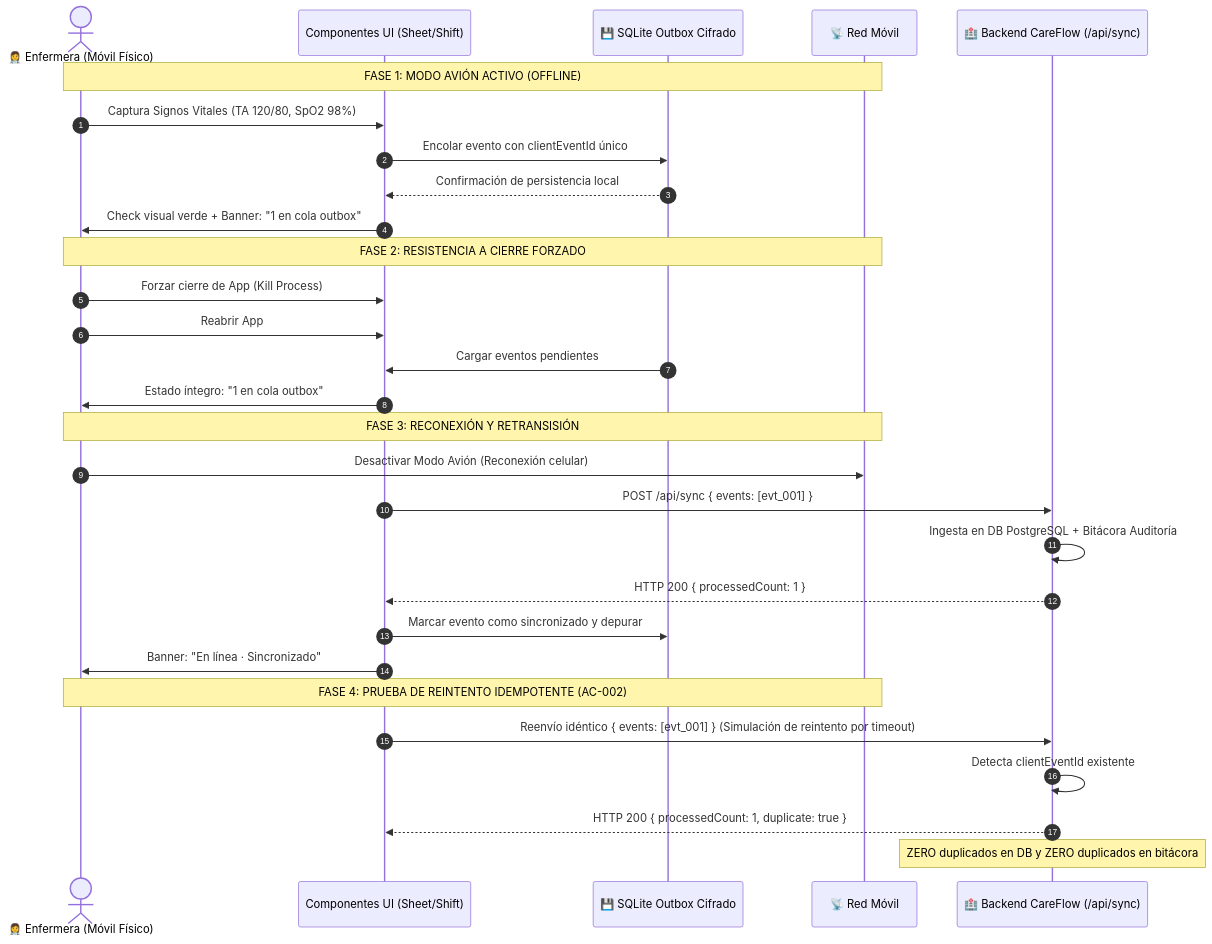
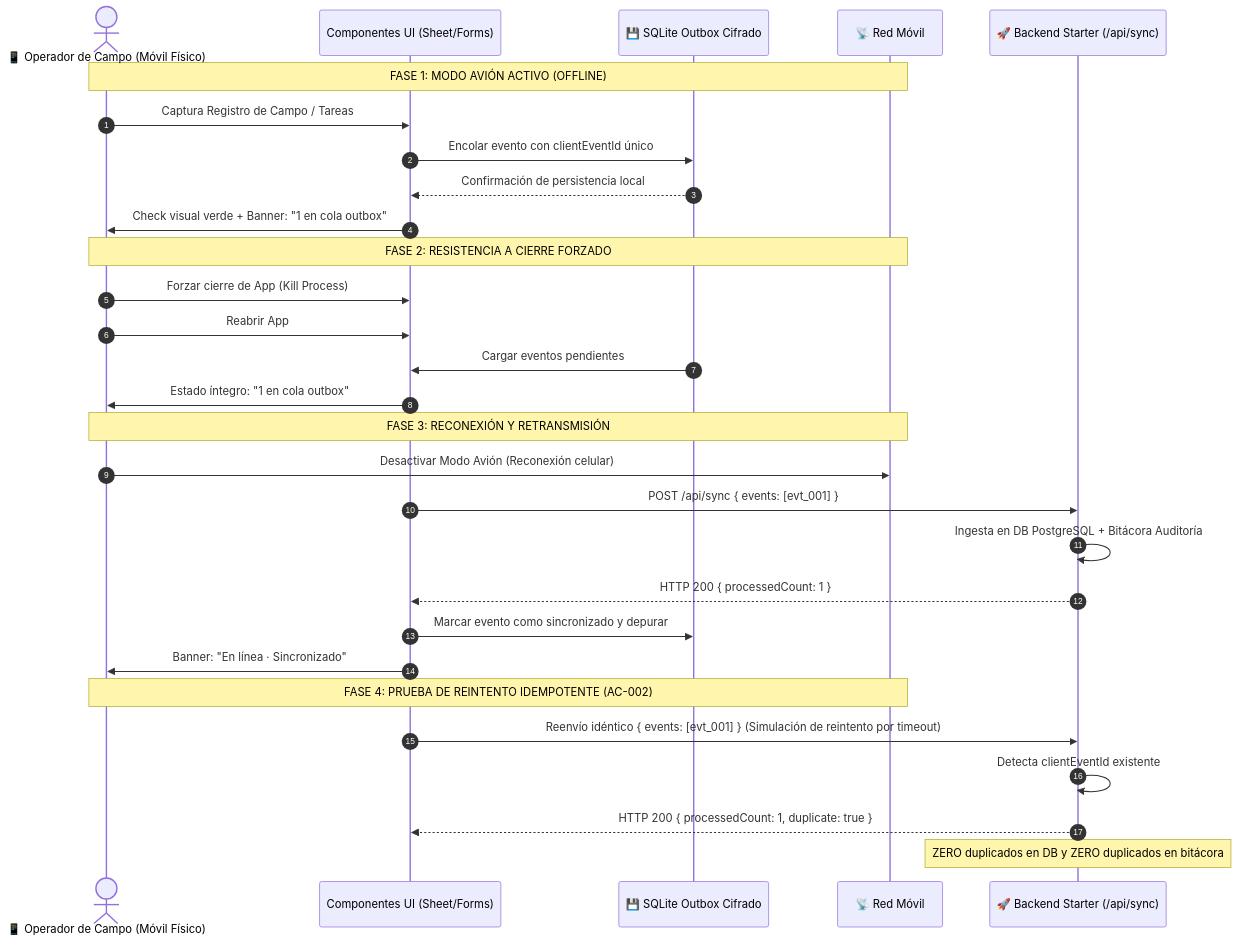
The diagram in docs/guides/physical-device-testing.md (miguelms/GoldenStarterCodex), drawn with Mermaid before and after one commit. The commit also changed other lines of this file and 43 other files, not shown here.

Commit message:
chore(starter): purge all CareFlow/clinical domain residue into pure neutral Golden Starter V3

````diff
--- a/docs/guides/physical-device-testing.md
+++ b/docs/guides/physical-device-testing.md
@@ -311,35 +311,35 @@
 ```mermaid
 sequenceDiagram
     autonumber
-    actor Nurse as 👩‍⚕️ Enfermera (Móvil Físico)
-    participant UI as Componentes UI (Sheet/Shift)
+    actor User as 📱 Operador de Campo (Móvil Físico)
+    participant UI as Componentes UI (Sheet/Forms)
     participant LocalDB as 💾 SQLite Outbox Cifrado
     participant Net as 📡 Red Móvil
-    participant Backend as 🏥 Backend CareFlow (/api/sync)
+    participant Backend as 🚀 Backend Starter (/api/sync)
 
-    Note over Nurse,Net: FASE 1: MODO AVIÓN ACTIVO (OFFLINE)
-    Nurse->>UI: Captura Signos Vitales (TA 120/80, SpO2 98%)
+    Note over User,Net: FASE 1: MODO AVIÓN ACTIVO (OFFLINE)
+    User->>UI: Captura Registro de Campo / Tareas
     UI->>LocalDB: Encolar evento con clientEventId único
     LocalDB-->>UI: Confirmación de persistencia local
-    UI->>Nurse: Check visual verde + Banner: "1 en cola outbox"
+    UI->>User: Check visual verde + Banner: "1 en cola outbox"
 
-    Note over Nurse,Net: FASE 2: RESISTENCIA A CIERRE FORZADO
-    Nurse->>UI: Forzar cierre de App (Kill Process)
-    Nurse->>UI: Reabrir App
+    Note over User,Net: FASE 2: RESISTENCIA A CIERRE FORZADO
+    User->>UI: Forzar cierre de App (Kill Process)
+    User->>UI: Reabrir App
     LocalDB->>UI: Cargar eventos pendientes
-    UI->>Nurse: Estado íntegro: "1 en cola outbox"
+    UI->>User: Estado íntegro: "1 en cola outbox"
 
-    Note over Nurse,Net: FASE 3: RECONEXIÓN Y RETRANSISIÓN
-    Nurse->>Net: Desactivar Modo Avión (Reconexión celular)
+    Note over User,Net: FASE 3: RECONEXIÓN Y RETRANSMISIÓN
+    User->>Net: Desactivar Modo Avión (Reconexión celular)
     UI->>Backend: POST /api/sync { events: [evt_001] }
     Backend->>Backend: Ingesta en DB PostgreSQL + Bitácora Auditoría
     Backend-->>UI: HTTP 200 { processedCount: 1 }
     UI->>LocalDB: Marcar evento como sincronizado y depurar
-    UI->>Nurse: Banner: "En línea · Sincronizado"
+    UI->>User: Banner: "En línea · Sincronizado"
 
-    Note over Nurse,Net: FASE 4: PRUEBA DE REINTENTO IDEMPOTENTE (AC-002)
+    Note over User,Net: FASE 4: PRUEBA DE REINTENTO IDEMPOTENTE (AC-002)
     UI->>Backend: Reenvío idéntico { events: [evt_001] } (Simulación de reintento por timeout)
     Backend->>Backend: Detecta clientEventId existente
     Backend-->>UI: HTTP 200 { processedCount: 1, duplicate: true }
     Note over Backend: ZERO duplicados en DB y ZERO duplicados en bitácora
 ```
````
